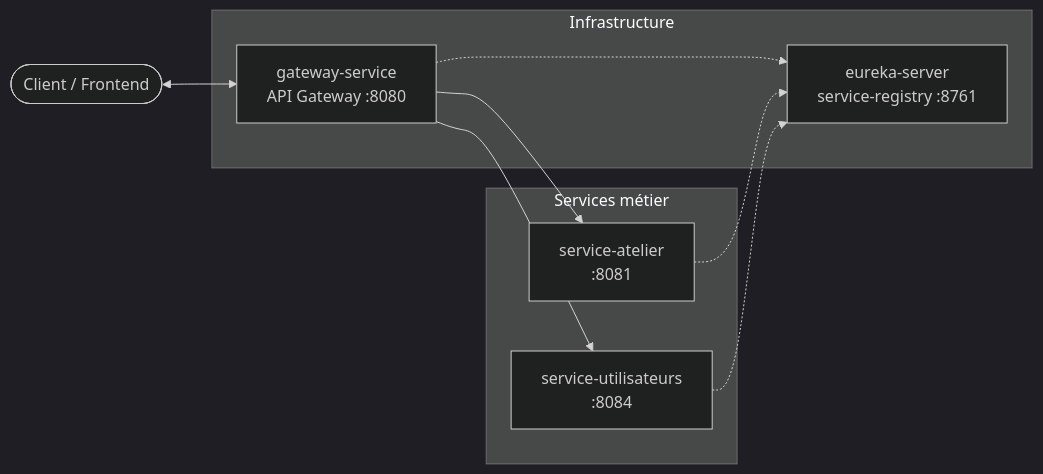
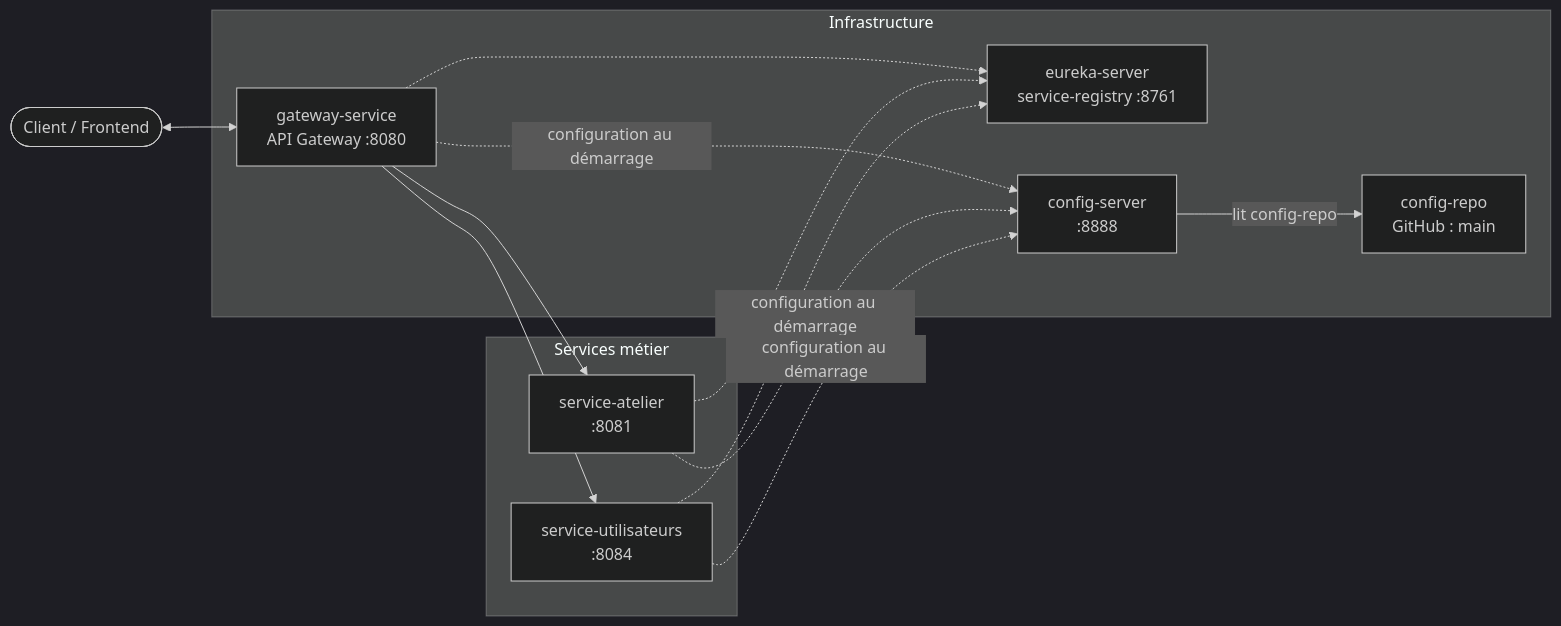
One commit to Aymen21-n/Quali-Track changed the second of 2 diagrams in README.md. Above: the diagram before and after it, drawn with Mermaid (dark theme). The commit also changed other lines of this file and 15 other files, not shown here.

Commit message:
V3 - Config Server et externalisation des configurations dans config-repo

````diff
--- a/README.md
+++ b/README.md
@@ -131,22 +132,28 @@
 ```mermaid
 flowchart LR
     client([Client / Frontend]) <--> gw
 
     subgraph infra [Infrastructure]
         gw["gateway-service<br/>API Gateway :8080"]
         eureka["eureka-server<br/>service-registry :8761"]
+        config["config-server<br/>:8888"]
+        repo["config-repo<br/>GitHub : main"]
     end
 
     subgraph metier [Services métier]
         atelier["service-atelier<br/>:8081"]
         utilisateurs["service-utilisateurs<br/>:8084"]
     end
 
     gw --> atelier
     gw --> utilisateurs
 
     gw -.-> eureka
     atelier -.-> eureka
     utilisateurs -.-> eureka
+    gw -. "configuration au démarrage" .-> config
+    atelier -. "configuration au démarrage" .-> config
+    utilisateurs -. "configuration au démarrage" .-> config
+    config -->|lit config-repo| repo
 
 ```
````
